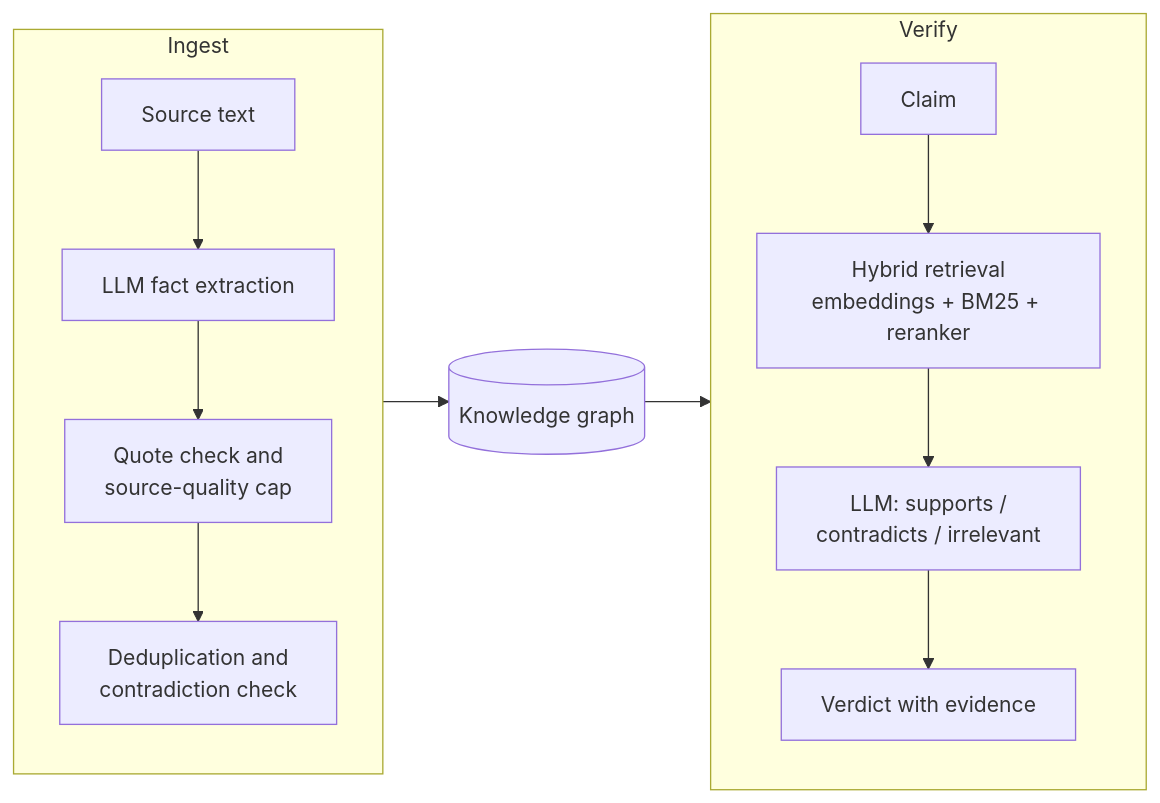
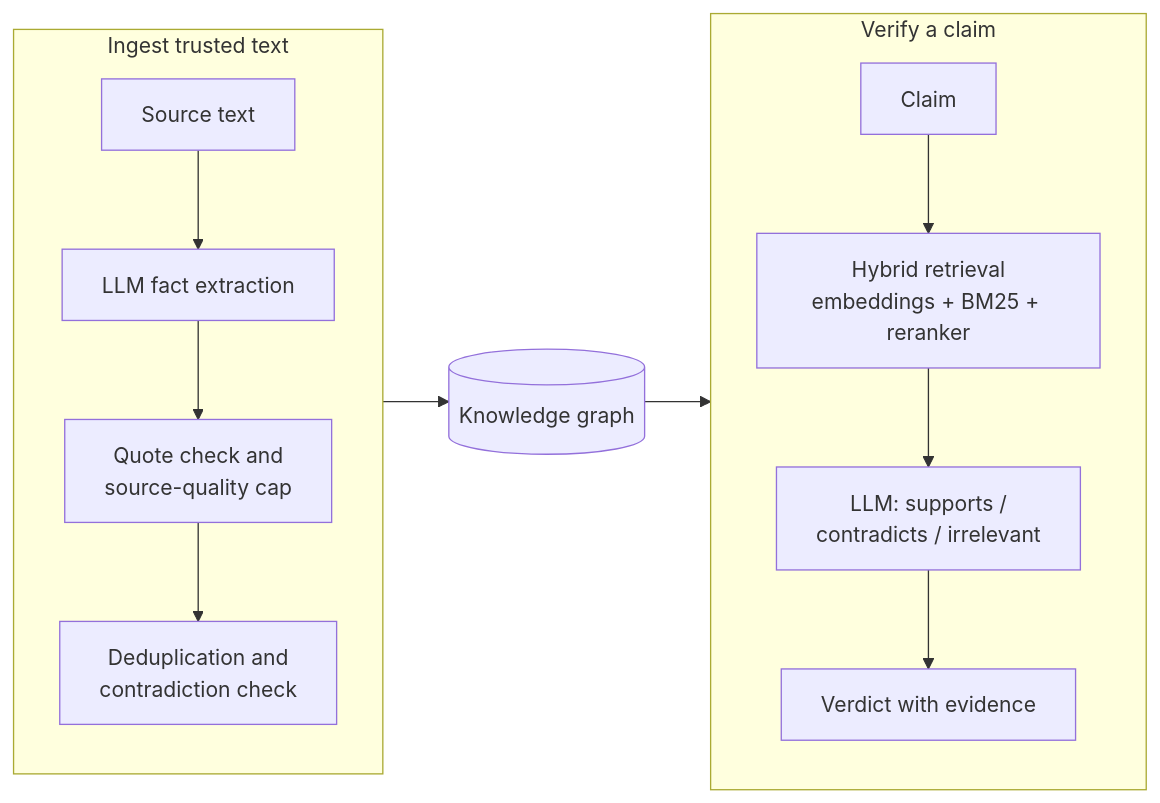
One commit to Delta025/verinode changed the diagram in README.md. Above: the diagram before and after it, drawn with Mermaid.

Commit message:
Lay out the README diagram as two columns

````diff
--- a/README.md
+++ b/README.md
@@ -15,17 +15,16 @@
 ```mermaid
 flowchart LR
-    subgraph Ingest
+    subgraph Ingest[Ingest trusted text]
         direction TB
         T[Source text] --> X[LLM fact extraction]
         X --> F[Quote check and<br/>source-quality cap]
         F --> D[Deduplication and<br/>contradiction check]
     end
-    D --> G[(Knowledge graph)]
-    G --> R
-    subgraph Verify
+    subgraph Verify[Verify a claim]
         direction TB
         C[Claim] --> R[Hybrid retrieval<br/>embeddings + BM25 + reranker]
         R --> L[LLM: supports /<br/>contradicts / irrelevant]
         L --> V[Verdict with evidence]
     end
+    Ingest --> G[(Knowledge graph)] --> Verify
 ```
````
